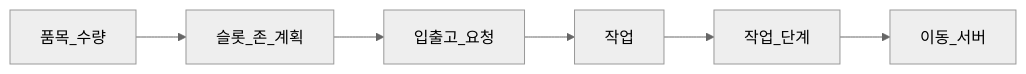
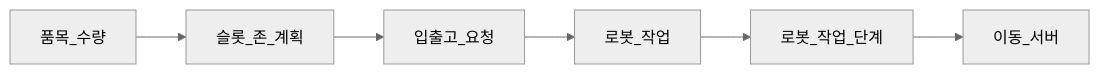
Before and after one commit to eduwing-robotics/ros2-ai-amr-repo3: the fifth of 11 diagrams in main_server/docs/ARCHITECTURE.md, drawn with Mermaid (neutral theme). The commit also changed other lines of this file and 54 other files, not shown here.

````diff
--- a/main_server/docs/ARCHITECTURE.md
+++ b/main_server/docs/ARCHITECTURE.md
@@ -106,8 +106,8 @@
 ```mermaid
 flowchart LR
   Req[품목_수량] --> Plan[슬롯_존_계획]
   Plan --> WO[입출고_요청]
-  WO --> Tasks[작업]
-  Tasks --> Steps[작업_단계]
+  WO --> RobotTasks[로봇_작업]
+  RobotTasks --> Steps[로봇_작업_단계]
   Steps --> Mov[이동_서버]
 ```
````
